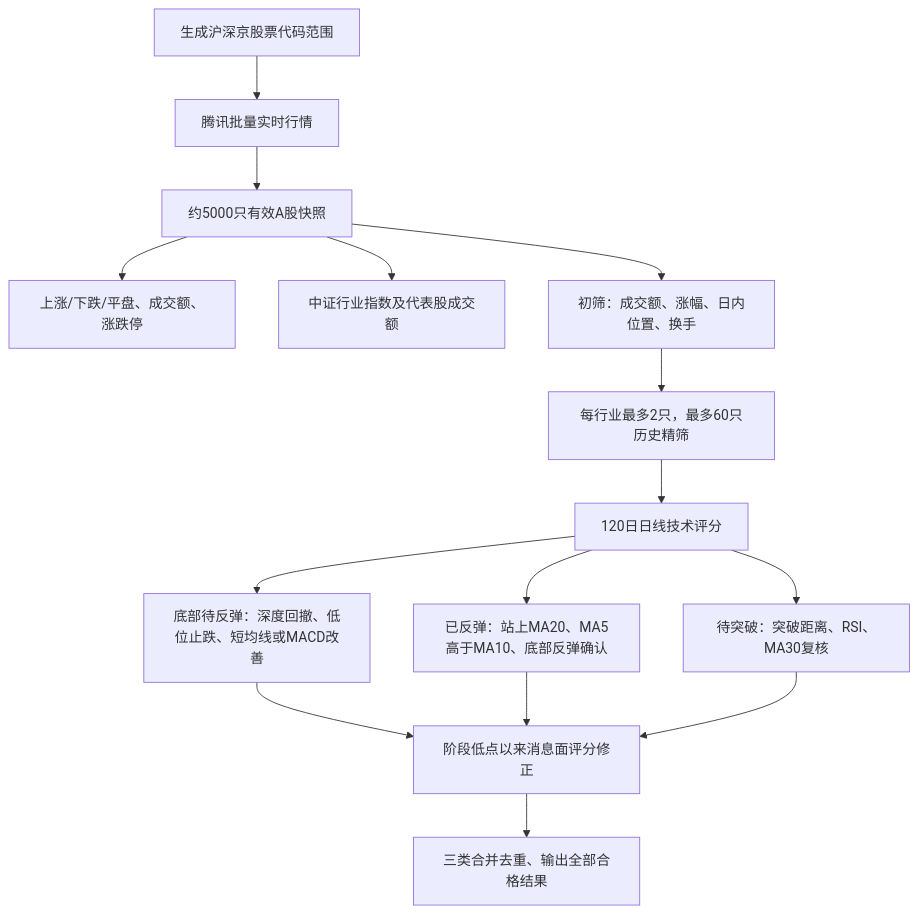
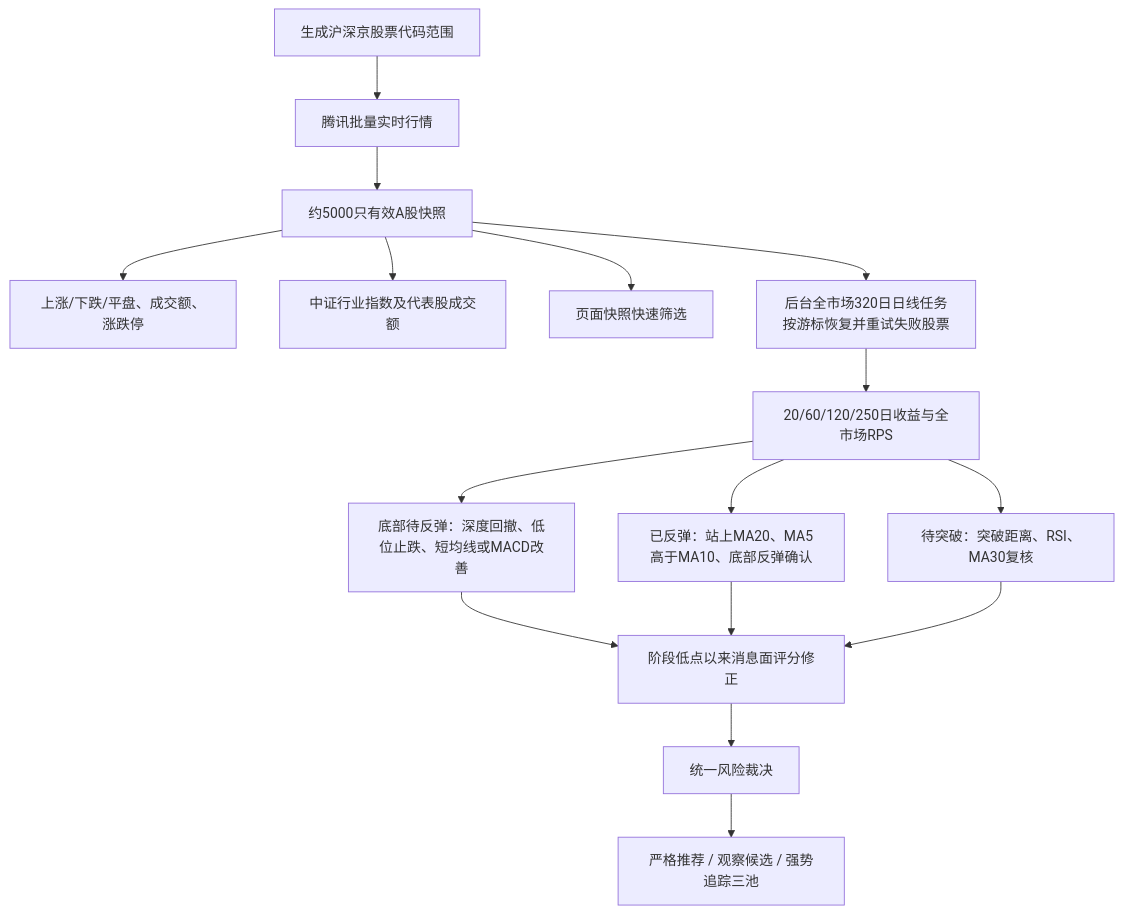
One commit to yutenys/ai-stock-assistant changed the third of 3 diagrams in docs/PROJECT_ARCHITECTURE.md. Above: the diagram before and after it, drawn with Mermaid. The commit also changed other lines of this file and 20 other files, not shown here.

````diff
--- a/docs/PROJECT_ARCHITECTURE.md
+++ b/docs/PROJECT_ARCHITECTURE.md
@@ -238,17 +248,18 @@
 ```mermaid
 flowchart TD
   A["生成沪深京股票代码范围"] --> B["腾讯批量实时行情"]
   B --> C["约5000只有效A股快照"]
   C --> D["上涨/下跌/平盘、成交额、涨跌停"]
   C --> E["中证行业指数及代表股成交额"]
-  C --> F["初筛：成交额、涨幅、日内位置、换手"]
-  F --> G["每行业最多2只，最多60只历史精筛"]
-  G --> H["120日日线技术评分"]
+  C --> F["页面快照快速筛选"]
+  C --> G["后台全市场320日日线任务\n按游标恢复并重试失败股票"]
+  G --> H["20/60/120/250日收益与全市场RPS"]
   H --> I1["底部待反弹：深度回撤、低位止跌、短均线或MACD改善"]
   H --> I2["已反弹：站上MA20、MA5高于MA10、底部反弹确认"]
   H --> I3["待突破：突破距离、RSI、MA30复核"]
   I1 --> J["阶段低点以来消息面评分修正"]
   I2 --> J
   I3 --> J
-  J --> K["三类合并去重、输出全部合格结果"]
+  J --> K["统一风险裁决"]
+  K --> L["严格推荐 / 观察候选 / 强势追踪三池"]
 ```
````
